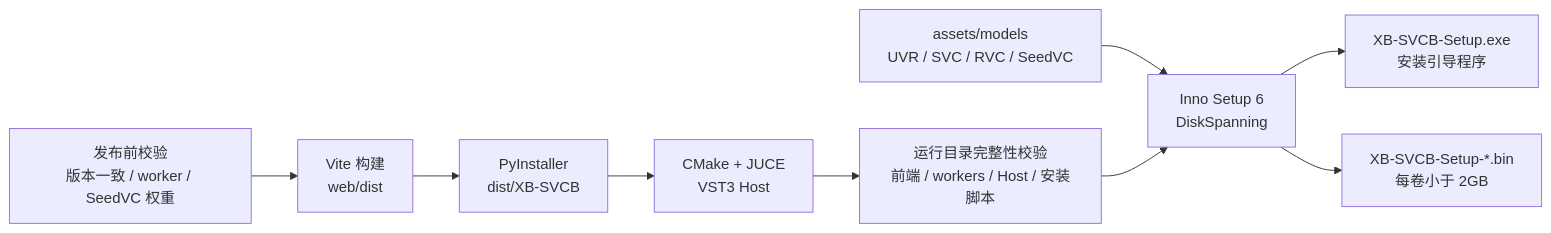
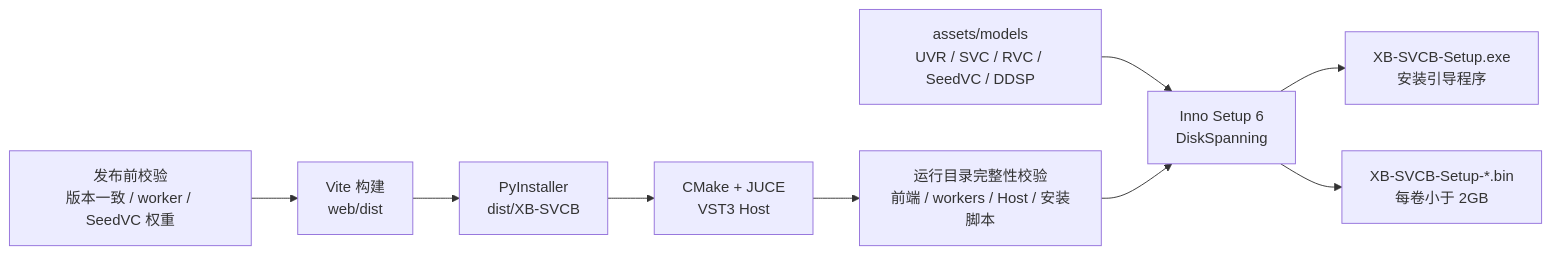
One commit to SDIJF1521/xb-svcb changed the third of 3 diagrams in README.md. Above: the diagram before and after it, drawn with Mermaid. The commit also changed other lines of this file and 49 other files, not shown here.

Commit message:
v0.0.20 · DDSP-SVC 6.3 + 全局消息同步 + UVR 设备修复 + 编辑器工作流

````diff
--- a/README.md
+++ b/README.md
@@ -764,11 +774,11 @@
 ```mermaid
 flowchart LR
     CHECK["发布前校验<br/>版本一致 / worker / SeedVC 权重"] --> WEB["Vite 构建<br/>web/dist"]
     WEB --> APP["PyInstaller<br/>dist/XB-SVCB"]
     APP --> HOST["CMake + JUCE<br/>VST3 Host"]
     HOST --> STAGE["运行目录完整性校验<br/>前端 / workers / Host / 安装脚本"]
-    ASSETS["assets/models<br/>UVR / SVC / RVC / SeedVC"] --> ISCC["Inno Setup 6<br/>DiskSpanning"]
+    ASSETS["assets/models<br/>UVR / SVC / RVC / SeedVC / DDSP"] --> ISCC["Inno Setup 6<br/>DiskSpanning"]
     STAGE --> ISCC
     ISCC --> EXE["XB-SVCB-Setup.exe<br/>安装引导程序"]
     ISCC --> BIN["XB-SVCB-Setup-*.bin<br/>每卷小于 2GB"]
 ```
````
